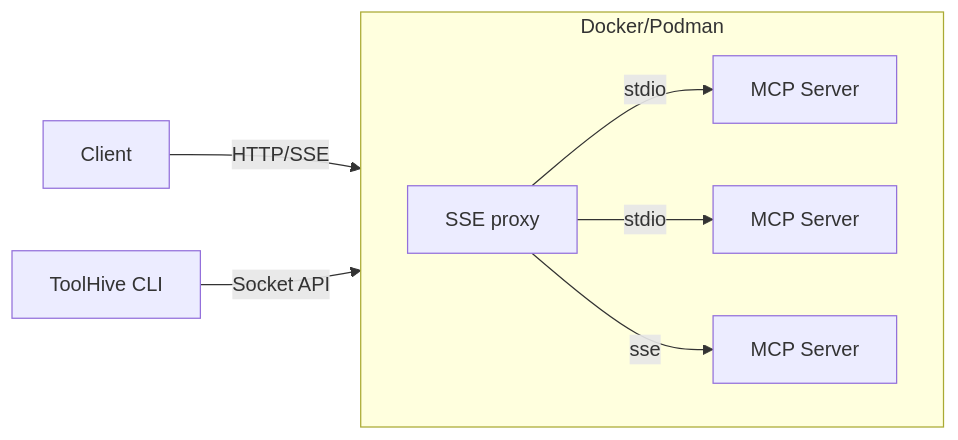
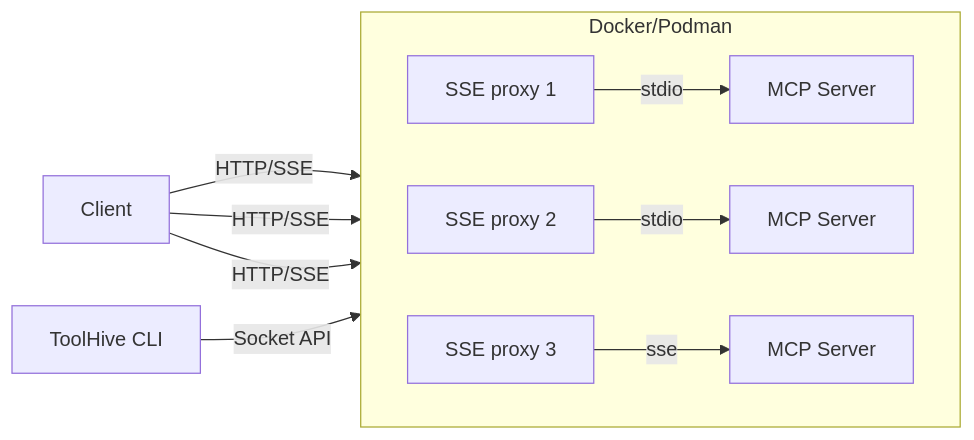
Before and after one commit to stacklok/toolhive: the diagram in README.md, drawn with Mermaid.

Commit message:
Update architecture diagram

````diff
--- a/README.md
+++ b/README.md
@@ -145,17 +145,21 @@
 ```mermaid
 flowchart LR
   subgraph container[Docker/Podman]
     direction LR
-    proxy[SSE proxy]
+    proxy1[SSE proxy 1]
+    proxy2[SSE proxy 2]
+    proxy3[SSE proxy 3]
     mcp1[MCP Server]
     mcp2[MCP Server]
     mcp3[MCP Server]
 
-    proxy -->|stdio| mcp1
-    proxy -->|stdio| mcp2
-    proxy -->|sse| mcp3
+    proxy1 -->|stdio| mcp1
+    proxy2 -->|stdio| mcp2
+    proxy3 -->|sse| mcp3
   end
 
   T[ToolHive CLI] -->|Socket API| container
-  C[Client] -->|HTTP/SSE| proxy
+  C[Client] -->|HTTP/SSE| proxy1
+  C[Client] -->|HTTP/SSE| proxy2
+  C[Client] -->|HTTP/SSE| proxy3
 ```
````
